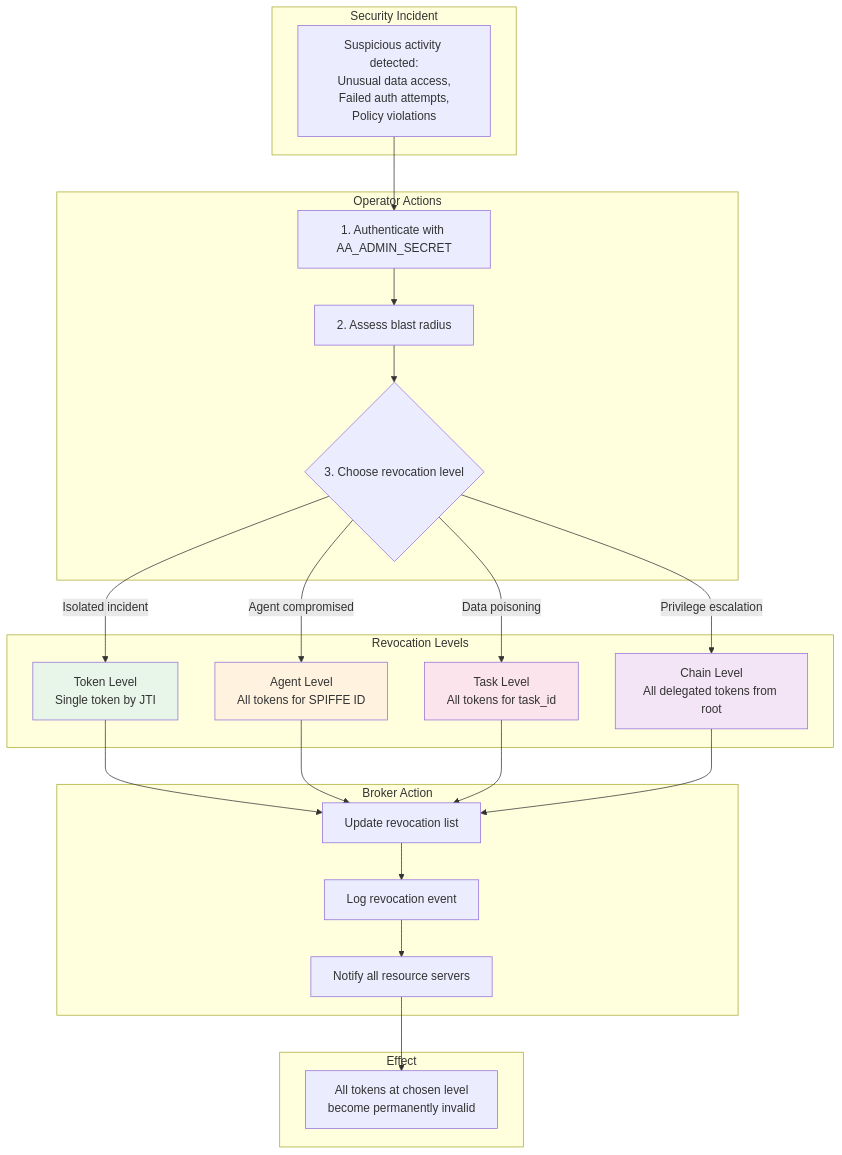
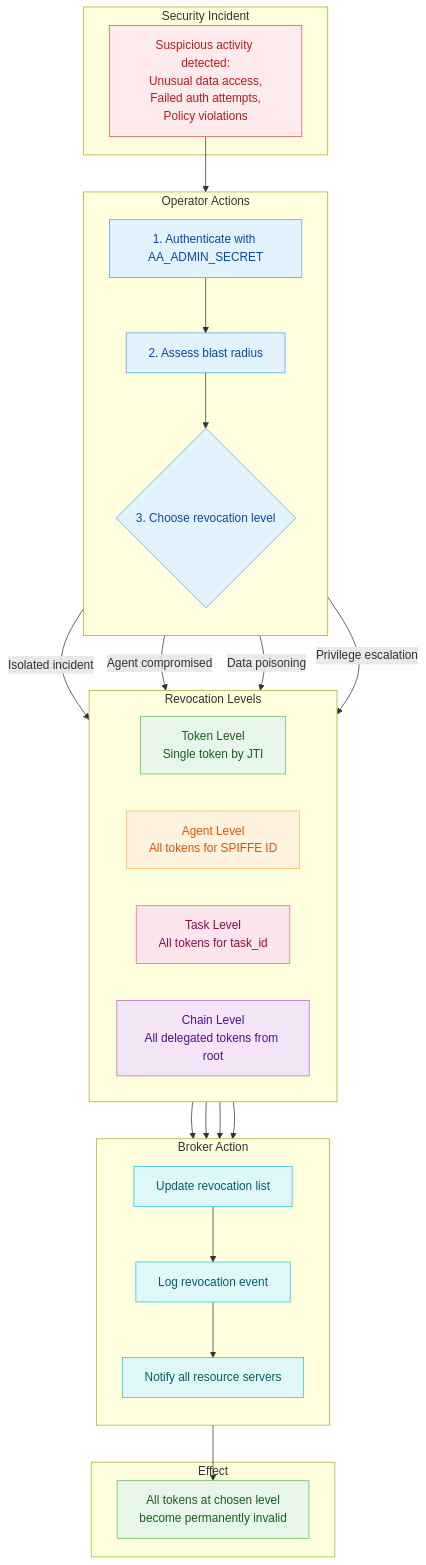
One commit to devonartis/agentwrit changed the fifth of 6 diagrams in docs/integration-patterns.md. Above: the diagram before and after it, drawn with Mermaid. The commit also changed 6 other files, not shown here.

First line of the commit message:
docs: align public diagrams and add svg companion

````diff
--- a/docs/integration-patterns.md
+++ b/docs/integration-patterns.md
@@ -1333,52 +1333,63 @@
 ```mermaid
 flowchart TB
     subgraph incident["Security Incident"]
         E["Suspicious activity detected:<br/>Unusual data access,<br/>Failed auth attempts,<br/>Policy violations"]
     end
 
     subgraph operator["Operator Actions"]
+        direction TB
         Auth["1. Authenticate with AA_ADMIN_SECRET"]
         Assess["2. Assess blast radius"]
         Decide{"3. Choose revocation level"}
     end
 
     subgraph revocation["Revocation Levels"]
+        direction LR
         TokenRev["Token Level<br/>Single token by JTI"]
         AgentRev["Agent Level<br/>All tokens for SPIFFE ID"]
         TaskRev["Task Level<br/>All tokens for task_id"]
         ChainRev["Chain Level<br/>All delegated tokens from root"]
     end
 
     subgraph broker["Broker Action"]
+        direction TB
         UpdateRevList["Update revocation list"]
         LogEvent["Log revocation event"]
         Notify["Notify all resource servers"]
     end
 
     subgraph effect["Effect"]
         Invalid["All tokens at chosen level<br/>become permanently invalid"]
     end
 
     E --> Auth
     Auth --> Assess
     Assess --> Decide
 
     Decide -->|"Isolated incident"| TokenRev
     Decide -->|"Agent compromised"| AgentRev
     Decide -->|"Data poisoning"| TaskRev
     Decide -->|"Privilege escalation"| ChainRev
 
     TokenRev --> UpdateRevList
     AgentRev --> UpdateRevList
     TaskRev --> UpdateRevList
     ChainRev --> UpdateRevList
 
     UpdateRevList --> LogEvent
     LogEvent --> Notify
     Notify --> Invalid
 
-    style TokenRev fill:#e8f5e9
-    style AgentRev fill:#fff3e0
-    style TaskRev fill:#fce4ec
-    style ChainRev fill:#f3e5f5
+    style E fill:#ffebee,stroke:#ef5350,color:#b71c1c
+    style Auth fill:#e3f2fd,stroke:#42a5f5,color:#0d47a1
+    style Assess fill:#e3f2fd,stroke:#42a5f5,color:#0d47a1
+    style Decide fill:#e3f2fd,stroke:#42a5f5,color:#0d47a1
+    style TokenRev fill:#e8f5e9,stroke:#66bb6a,color:#1b5e20
+    style AgentRev fill:#fff3e0,stroke:#ffb74d,color:#e65100
+    style TaskRev fill:#fce4ec,stroke:#f06292,color:#880e4f
+    style ChainRev fill:#f3e5f5,stroke:#ba68c8,color:#4a148c
+    style UpdateRevList fill:#e0f7fa,stroke:#26c6da,color:#006064
+    style LogEvent fill:#e0f7fa,stroke:#26c6da,color:#006064
+    style Notify fill:#e0f7fa,stroke:#26c6da,color:#006064
+    style Invalid fill:#e8f5e9,stroke:#66bb6a,color:#1b5e20
 ```
````
